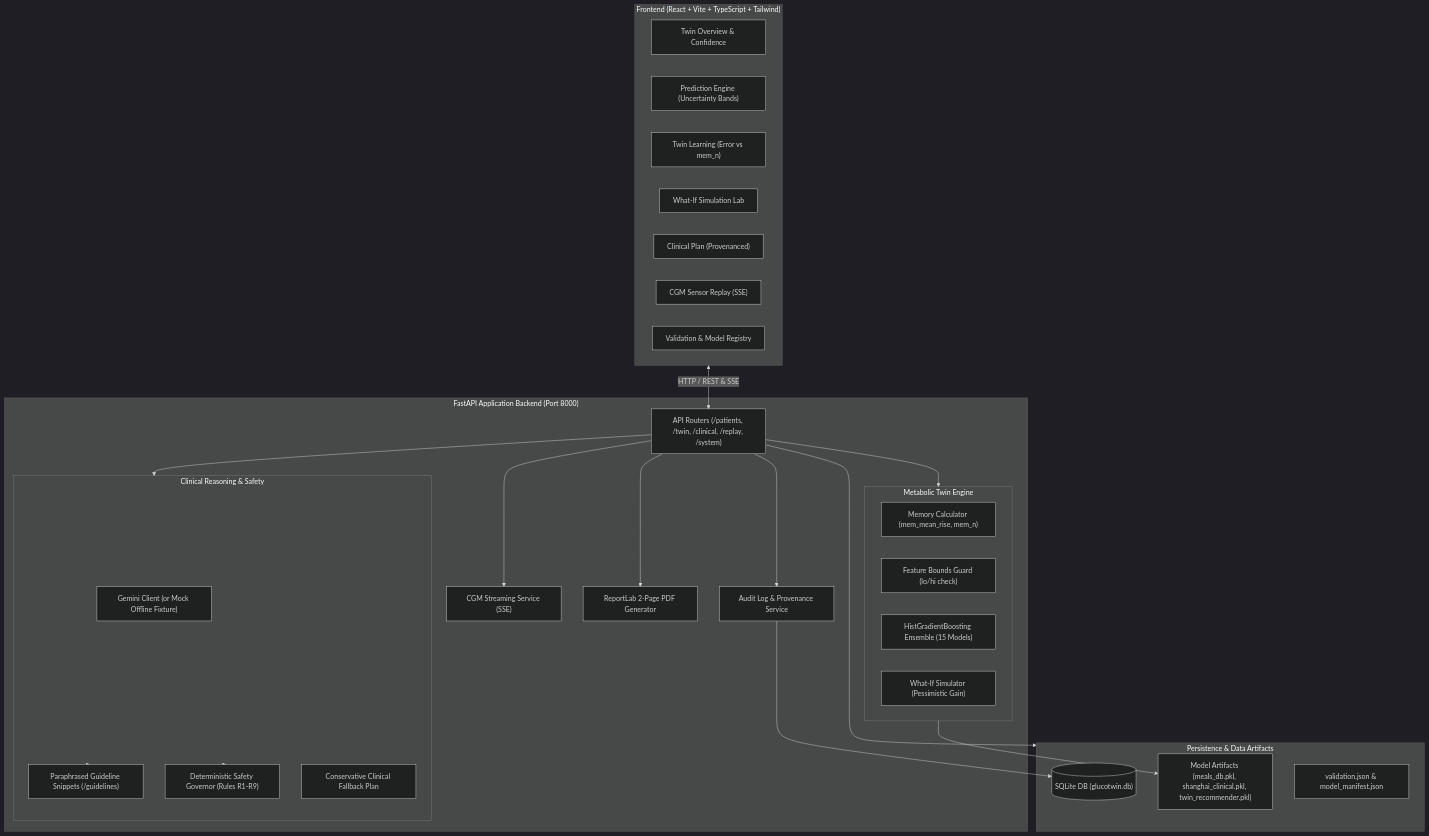
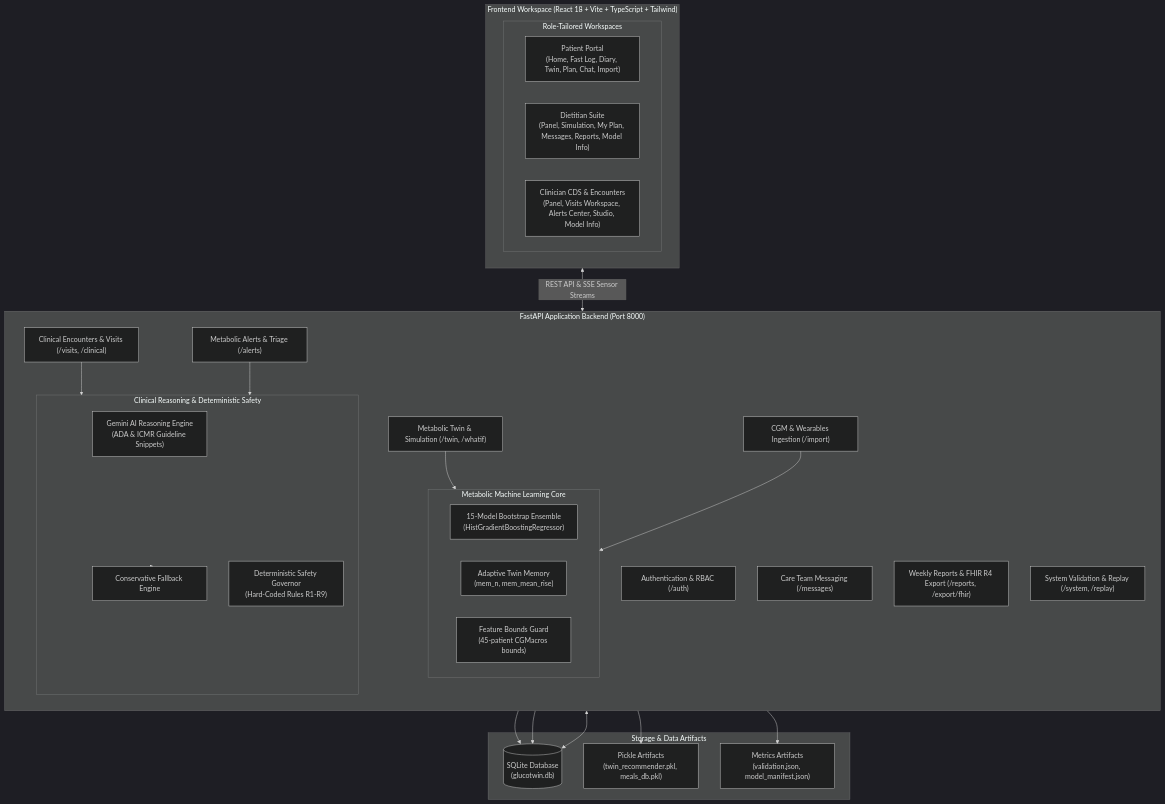
Before and after one commit to UmairAhmed107/glucotwin: the diagram in README.md, drawn with Mermaid (dark theme). The commit also changed other lines of this file and 64 other files, not shown here.

Commit message:
feat: implement patient portal, simulation lab extended features, twin lifecycle, messaging, and clinical reporting

````diff
--- a/README.md
+++ b/README.md
@@ -21,52 +15,53 @@
 ```mermaid
 flowchart TD
-    subgraph UI ["Frontend (React + Vite + TypeScript + Tailwind)"]
-        Overview["Twin Overview & Confidence"]
-        Predict["Prediction Engine (Uncertainty Bands)"]
-        Learning["Twin Learning (Error vs mem_n)"]
-        WhatIf["What-If Simulation Lab"]
-        ClinicalPlan["Clinical Plan (Provenanced)"]
-        Replay["CGM Sensor Replay (SSE)"]
-        Validation["Validation & Model Registry"]
+    subgraph Client ["Frontend Workspace (React 18 + Vite + TypeScript + Tailwind)"]
+        direction TB
+        subgraph RoleNav ["Role-Tailored Workspaces"]
+            PatientPortal["Patient Portal\n(Home, Fast Log, Diary, Twin, Plan, Chat, Import)"]
+            DietitianSuite["Dietitian Suite\n(Panel, Simulation, My Plan, Messages, Reports, Model Info)"]
+            ClinicianCDS["Clinician CDS & Encounters\n(Panel, Visits Workspace, Alerts Center, Studio, Model Info)"]
+        end
     end
 
     subgraph Backend ["FastAPI Application Backend (Port 8000)"]
-        Router["API Routers (/patients, /twin, /clinical, /replay, /system)"]
-        
-        subgraph TwinCore ["Metabolic Twin Engine"]
-            Memory["Memory Calculator (mem_mean_rise, mem_n)"]
-            BoundsGuard["Feature Bounds Guard (lo/hi check)"]
-            ModelEnsemble["HistGradientBoosting Ensemble (15 Models)"]
-            WhatIfSim["What-If Simulator (Pessimistic Gain)"]
+        direction TB
+        AuthRouter["Authentication & RBAC (/auth)"]
+        TwinRouter["Metabolic Twin & Simulation (/twin, /whatif)"]
+        ClinicalRouter["Clinical Encounters & Visits (/visits, /clinical)"]
+        AlertsRouter["Metabolic Alerts & Triage (/alerts)"]
+        MessageRouter["Care Team Messaging (/messages)"]
+        ImportRouter["CGM & Wearables Ingestion (/import)"]
+        ReportRouter["Weekly Reports & FHIR R4 Export (/reports, /export/fhir)"]
+        SystemRouter["System Validation & Replay (/system, /replay)"]
+
+        subgraph MLCore ["Metabolic Machine Learning Core"]
+            Ensemble["15-Model Bootstrap Ensemble\n(HistGradientBoostingRegressor)"]
+            Memory["Adaptive Twin Memory\n(mem_n, mem_mean_rise)"]
+            BoundsGuard["Feature Bounds Guard\n(45-patient CGMacros bounds)"]
         end
 
-        subgraph ClinicalCore ["Clinical Reasoning & Safety"]
-            GeminiClient["Gemini Client (or Mock Offline Fixture)"]
-            GuidelineStore["Paraphrased Guideline Snippets (/guidelines)"]
-            Governor["Deterministic Safety Governor (Rules R1-R9)"]
-            Fallback["Conservative Clinical Fallback Plan"]
+        subgraph SafetyCore ["Clinical Reasoning & Deterministic Safety"]
+            Gemini["Gemini AI Reasoning Engine\n(ADA & ICMR Guideline Snippets)"]
+            Governor["Deterministic Safety Governor\n(Hard-Coded Rules R1-R9)"]
+            Fallback["Conservative Fallback Engine"]
         end
-
-        AuditService["Audit Log & Provenance Service"]
-        ReplayService["CGM Streaming Service (SSE)"]
-        PDFService["ReportLab 2-Page PDF Generator"]
     end
 
-    subgraph Storage ["Persistence & Data Artifacts"]
-        SQLite[("SQLite DB (glucotwin.db)")]
-        Models["Model Artifacts (meals_db.pkl, shanghai_clinical.pkl, twin_recommender.pkl)"]
-        ValidationMetrics["validation.json & model_manifest.json"]
+    subgraph Persistence ["Storage & Data Artifacts"]
+        SQLite[("SQLite Database\n(glucotwin.db)")]
+        Models["Pickle Artifacts\n(twin_recommender.pkl, meals_db.pkl)"]
+        ValidationData["Metrics Artifacts\n(validation.json, model_manifest.json)"]
     end
 
-    UI <-->|HTTP / REST & SSE| Router
-    Router --> TwinCore
-    Router --> ClinicalCore
-    Router --> ReplayService
-    Router --> PDFService
-    TwinCore --> Models
-    ClinicalCore --> GuidelineStore
-    ClinicalCore --> Governor
-    Router --> AuditService
-    AuditService --> SQLite
-    Router --> Storage
+    Client <-->|REST API & SSE Sensor Streams| Backend
+    TwinRouter --> MLCore
+    ClinicalRouter --> SafetyCore
+    AlertsRouter --> SafetyCore
+    ImportRouter --> MLCore
+    ReportRouter --> SQLite
+    MessageRouter --> SQLite
+    MLCore --> Models
+    SafetyCore --> Fallback
+    SystemRouter --> ValidationData
+    Backend <--> SQLite
 ```
````
